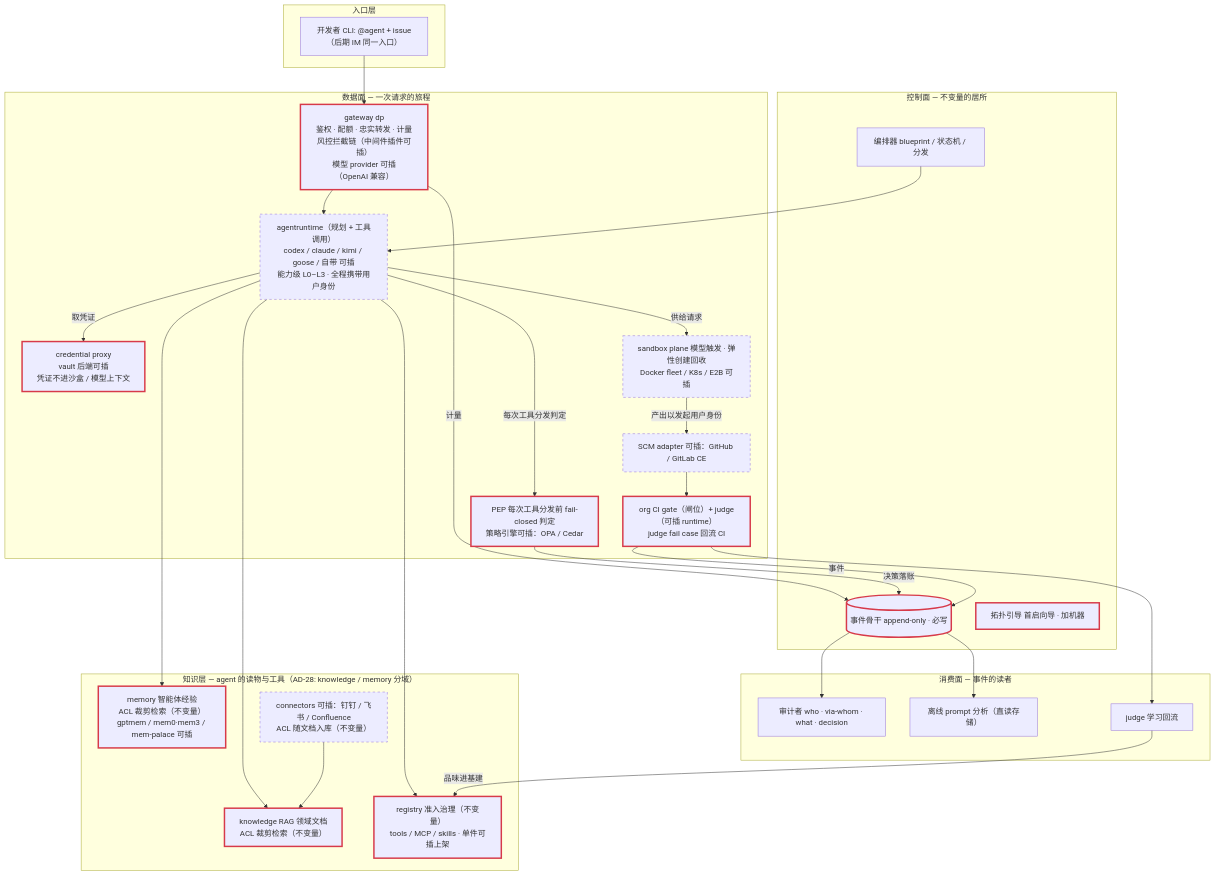
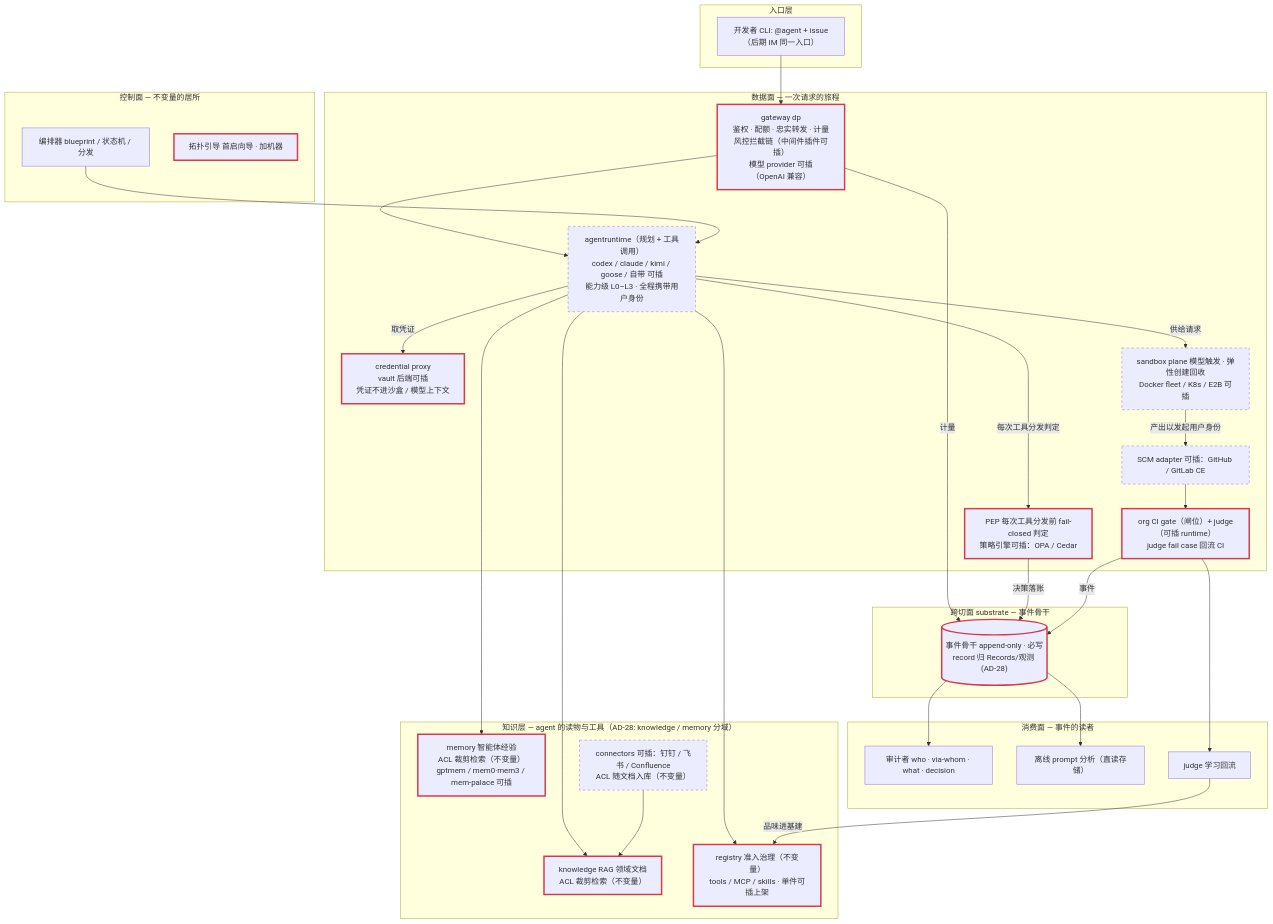
Before and after one commit to kikakkz/looming: the first of 4 diagrams in docs/architecture/overview.md, drawn with Mermaid.

Commit message:
docs: event backbone is cross-cutting substrate, record owned by Records (#87)

````diff
--- a/docs/architecture/overview.md
+++ b/docs/architecture/overview.md
@@ -32,58 +32,61 @@
 ```mermaid
 flowchart TD
   subgraph ENTRY["入口层"]
     CLI["开发者 CLI: @agent + issue（后期 IM 同一入口）"]
   end
 
   subgraph DP["数据面 — 一次请求的旅程"]
     GW["gateway dp<br/>鉴权 · 配额 · 忠实转发 · 计量<br/>风控拦截链（中间件插件可插）<br/>模型 provider 可插（OpenAI 兼容）"]
     RT["agentruntime（规划 + 工具调用）<br/>codex / claude / kimi / goose / 自带 可插<br/>能力级 L0–L3 · 全程携带用户身份"]
     PEP["PEP 每次工具分发前 fail-closed 判定<br/>策略引擎可插：OPA / Cedar"]
     CPX["credential proxy<br/>vault 后端可插<br/>凭证不进沙盒 / 模型上下文"]
     SB["sandbox plane 模型触发 · 弹性创建回收<br/>Docker fleet / K8s / E2B 可插"]
     SCM["SCM adapter 可插：GitHub / GitLab CE"]
     CI["org CI gate（闸位）+ judge（可插 runtime）<br/>judge fail case 回流 CI"]
   end
 
   subgraph KNOW["知识层 — agent 的读物与工具（AD-28: knowledge / memory 分域）"]
     KNOWDOC["knowledge RAG 领域文档<br/>ACL 裁剪检索（不变量）"]
     MEM["memory 智能体经验<br/>ACL 裁剪检索（不变量）<br/>gptmem / mem0·mem3 / mem-palace 可插"]
     REG["registry 准入治理（不变量）<br/>tools / MCP / skills · 单件可插上架"]
     CONN["connectors 可插：钉钉 / 飞书 / Confluence<br/>ACL 随文档入库（不变量）"]
   end
 
   subgraph CPL["控制面 — 不变量的居所"]
     ORCH["编排器 blueprint / 状态机 / 分发"]
-    EB[("事件骨干 append-only · 必写")]
     TOPO["拓扑引导 首启向导 · 加机器"]
+  end
+
+  subgraph SUBSTRATE["跨切面 substrate — 事件骨干"]
+    EB[("事件骨干 append-only · 必写<br/>record 归 Records/观测 (AD-28)")]
   end
 
   subgraph CONS["消费面 — 事件的读者"]
     AUD["审计者 who · via-whom · what · decision"]
     PA["离线 prompt 分析（直读存储）"]
     JL["judge 学习回流"]
   end
 
   CLI --> GW --> RT
   RT -- "每次工具分发判定" --> PEP
   RT -- "取凭证" --> CPX
   RT -- "供给请求" --> SB
   RT --> KNOWDOC
   RT --> MEM
   RT --> REG
   CONN --> KNOWDOC
   SB -- "产出以发起用户身份" --> SCM --> CI
   ORCH --> RT
   GW -- "计量" --> EB
   PEP -- "决策落账" --> EB
   CI -- "事件" --> EB
   EB --> AUD
   EB --> PA
   CI --> JL
   JL -- "品味进基建" --> REG
 
   classDef inv stroke-width:3px,stroke:#d73a4a;
   classDef slot stroke-dasharray:5 5;
   class GW,PEP,CPX,CI,KNOWDOC,MEM,REG,EB,TOPO inv;
   class RT,SB,SCM,CONN slot;
 ```
````
